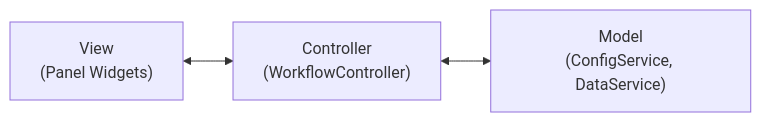
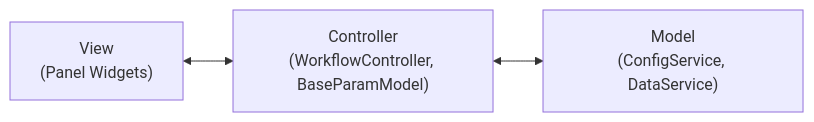
One commit to scipp/beamlime changed the fourth of 4 diagrams in docs/developer/design/dashboard-architecture.md. Above: the diagram before and after it, drawn with Mermaid. The commit also changed other lines of this file, not shown here.

Commit message:
Include BaseParamModel in design doc

````diff
--- a/docs/developer/design/dashboard-architecture.md
+++ b/docs/developer/design/dashboard-architecture.md
@@ -87,9 +141,9 @@
 ```mermaid
 flowchart LR
     Model["Model<br/>(ConfigService, DataService)"]
-    Controller["Controller<br/>(WorkflowController)"]
+    Controller["Controller<br/>(WorkflowController, BaseParamModel)"]
     View["View<br/>(Panel Widgets)"]
 
     View <--> Controller
     Controller <--> Model
 ```
````
